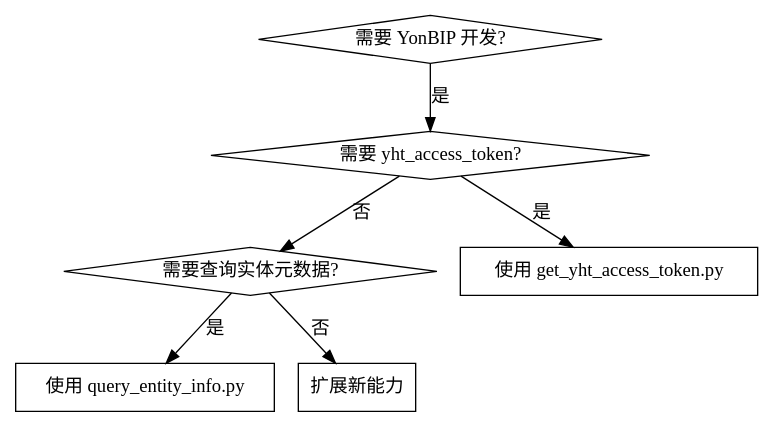
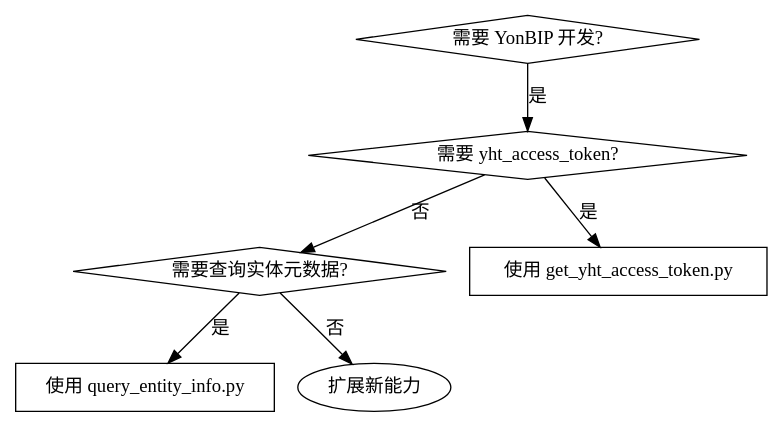
Before and after one commit to jbhim/SkillWorker: the diagram in skills/yonbip-dev/SKILL.md, drawn with Graphviz. The commit also changed other lines of this file and 3 other files, not shown here.

````diff
--- a/skills/yonbip-dev/SKILL.md
+++ b/skills/yonbip-dev/SKILL.md
@@ -17,16 +18,15 @@
 ```dot
 digraph when_flowchart {
     "需要 YonBIP 开发?" [shape=diamond];
     "需要 yht_access_token?" [shape=diamond];
     "需要查询实体元数据?" [shape=diamond];
     "使用 get_yht_access_token.py" [shape=box];
     "使用 query_entity_info.py" [shape=box];
-    "扩展新能力" [shape=box];
 
     "需要 YonBIP 开发?" -> "需要 yht_access_token?" [label="是"];
     "需要 yht_access_token?" -> "使用 get_yht_access_token.py" [label="是"];
     "需要 yht_access_token?" -> "需要查询实体元数据?" [label="否"];
     "需要查询实体元数据?" -> "使用 query_entity_info.py" [label="是"];
     "需要查询实体元数据?" -> "扩展新能力" [label="否"];
 }
 ```
````
